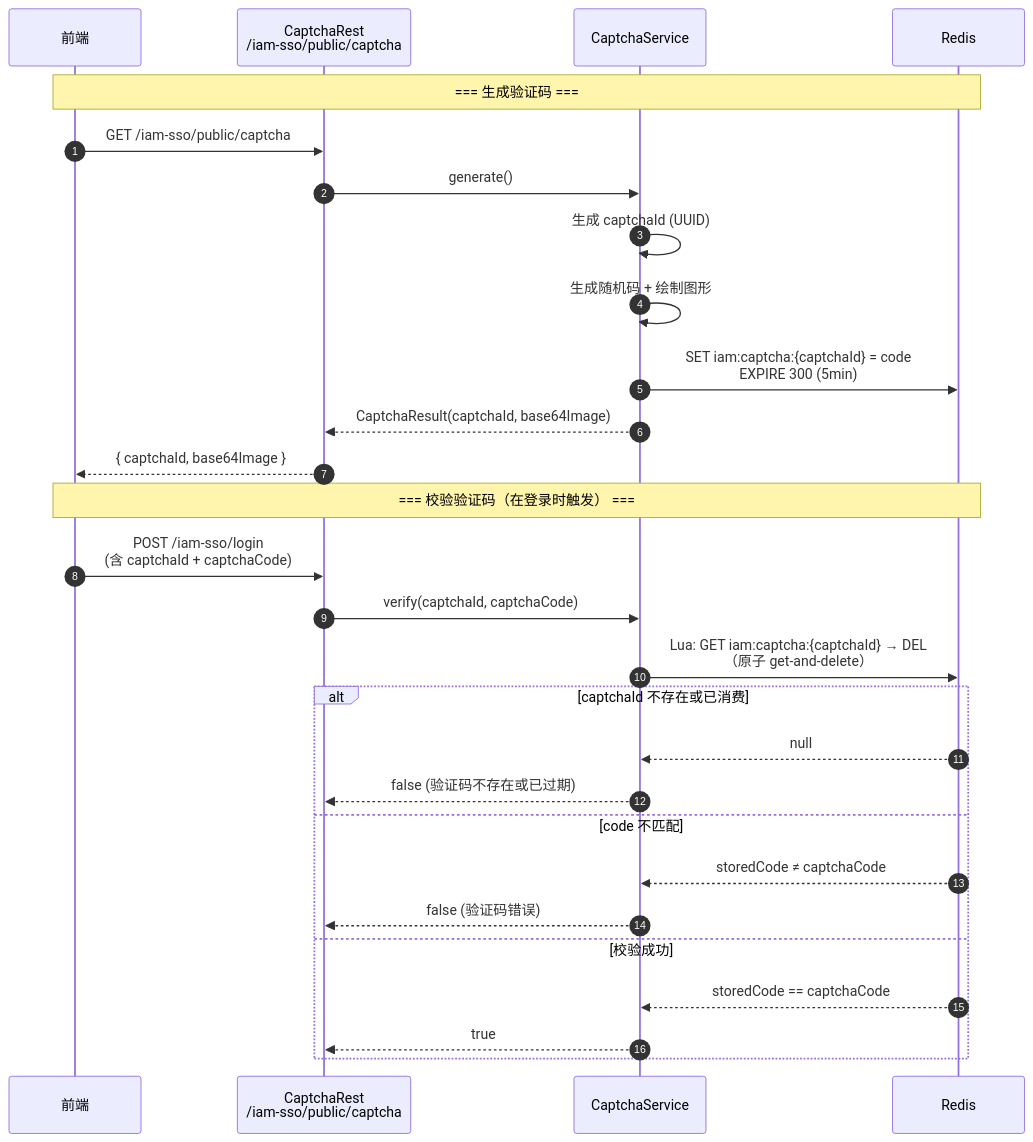
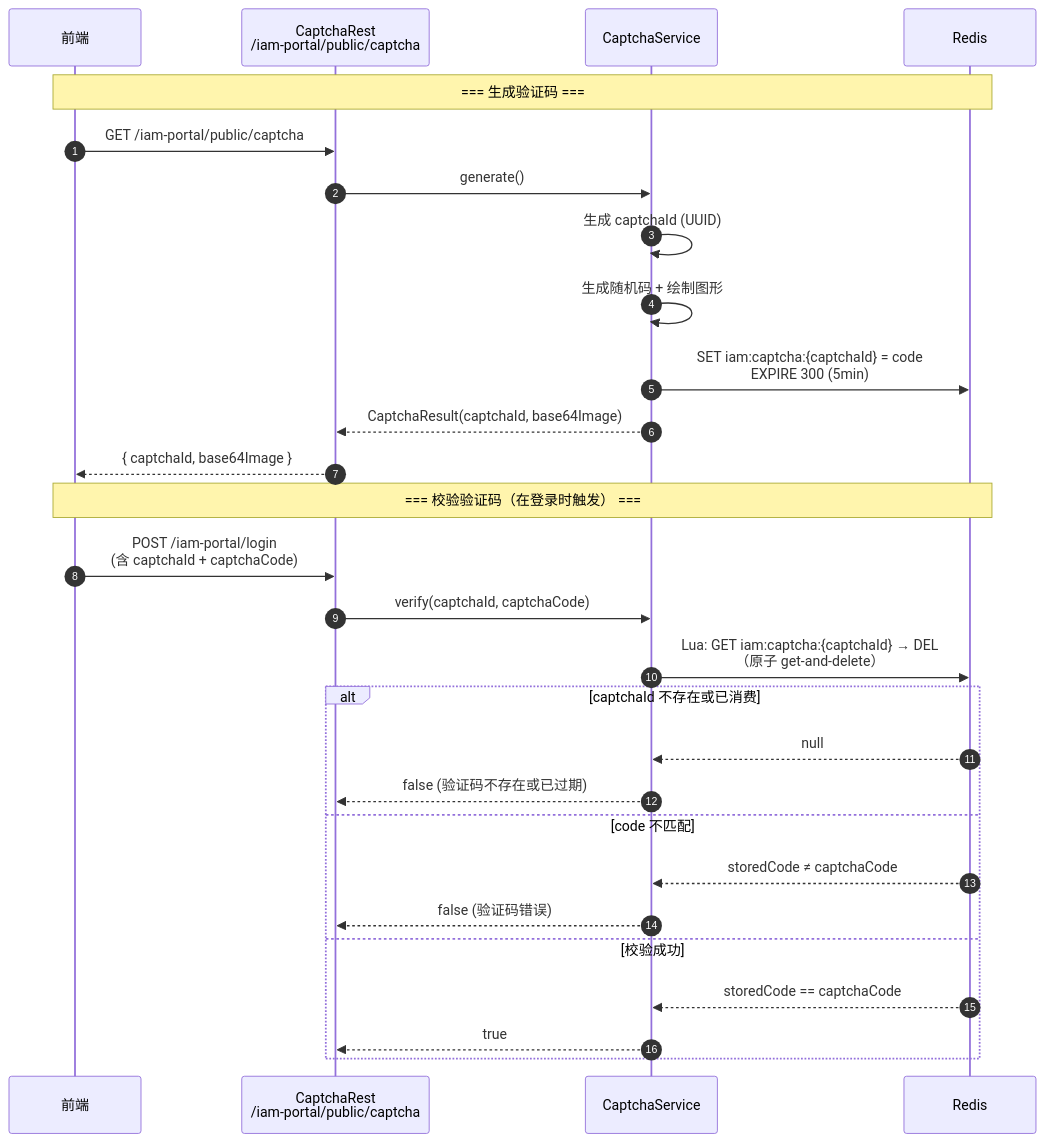
One commit to shrimp-group/sh-iam changed the diagram in docs/design/stories/session/US-11-captcha.md. Above: the diagram before and after it, drawn with Mermaid. The commit also changed other lines of this file and 32 other files, not shown here.

````diff
--- a/docs/design/stories/session/US-11-captcha.md
+++ b/docs/design/stories/session/US-11-captcha.md
@@ -38,30 +38,30 @@
 ```mermaid
 sequenceDiagram
     autonumber
     participant Client as 前端
-    participant Rest as CaptchaRest<br/>/iam-sso/public/captcha
+    participant Rest as CaptchaRest<br/>/iam-portal/public/captcha
     participant Service as CaptchaService
     participant Redis as Redis
     Note over Client, Redis: === 生成验证码 ===
-    Client ->> Rest: GET /iam-sso/public/captcha
+    Client ->> Rest: GET /iam-portal/public/captcha
     Rest ->> Service: generate()
     Service ->> Service: 生成 captchaId (UUID)
     Service ->> Service: 生成随机码 + 绘制图形
     Service ->> Redis: SET iam:captcha:{captchaId} = code<br/>EXPIRE 300 (5min)
     Service -->> Rest: CaptchaResult(captchaId, base64Image)
     Rest -->> Client: { captchaId, base64Image }
     Note over Client, Redis: === 校验验证码（在登录时触发） ===
-    Client ->> Rest: POST /iam-sso/login<br/>(含 captchaId + captchaCode)
+    Client ->> Rest: POST /iam-portal/login<br/>(含 captchaId + captchaCode)
     Rest ->> Service: verify(captchaId, captchaCode)
     Service ->> Redis: Lua: GET iam:captcha:{captchaId} → DEL<br/>（原子 get-and-delete）
     alt captchaId 不存在或已消费
         Redis -->> Service: null
         Service -->> Rest: false (验证码不存在或已过期)
     else code 不匹配
         Redis -->> Service: storedCode ≠ captchaCode
         Service -->> Rest: false (验证码错误)
     else 校验成功
         Redis -->> Service: storedCode == captchaCode
         Service -->> Rest: true
     end
 ```
````
